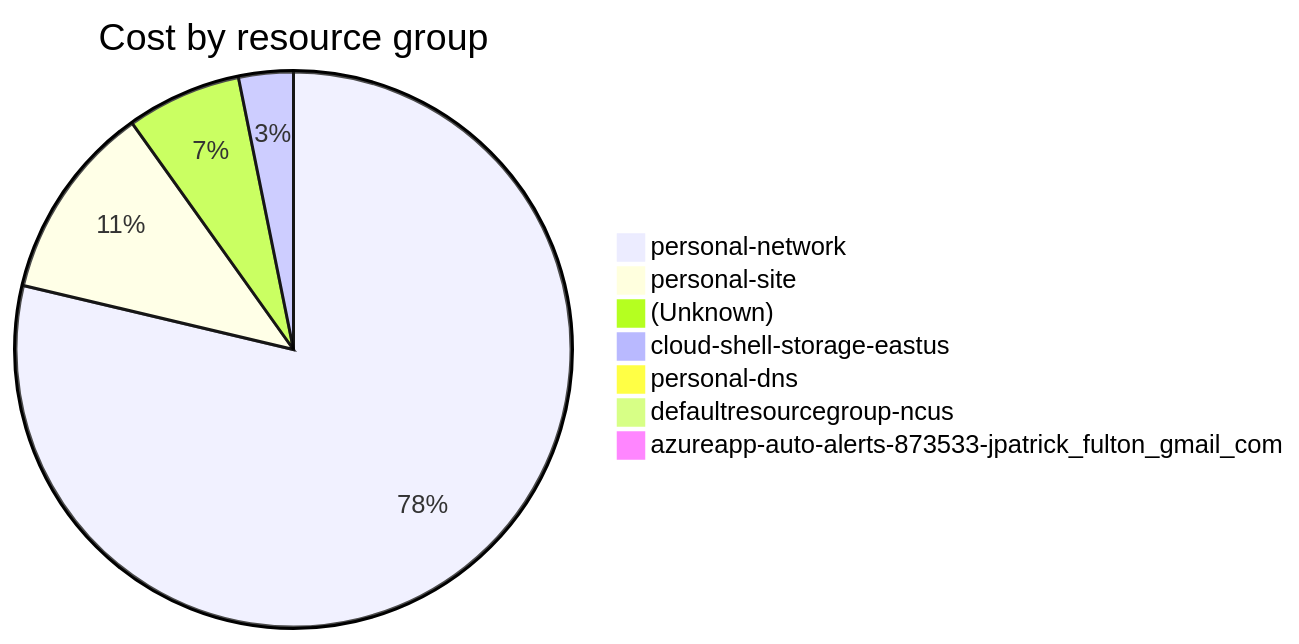
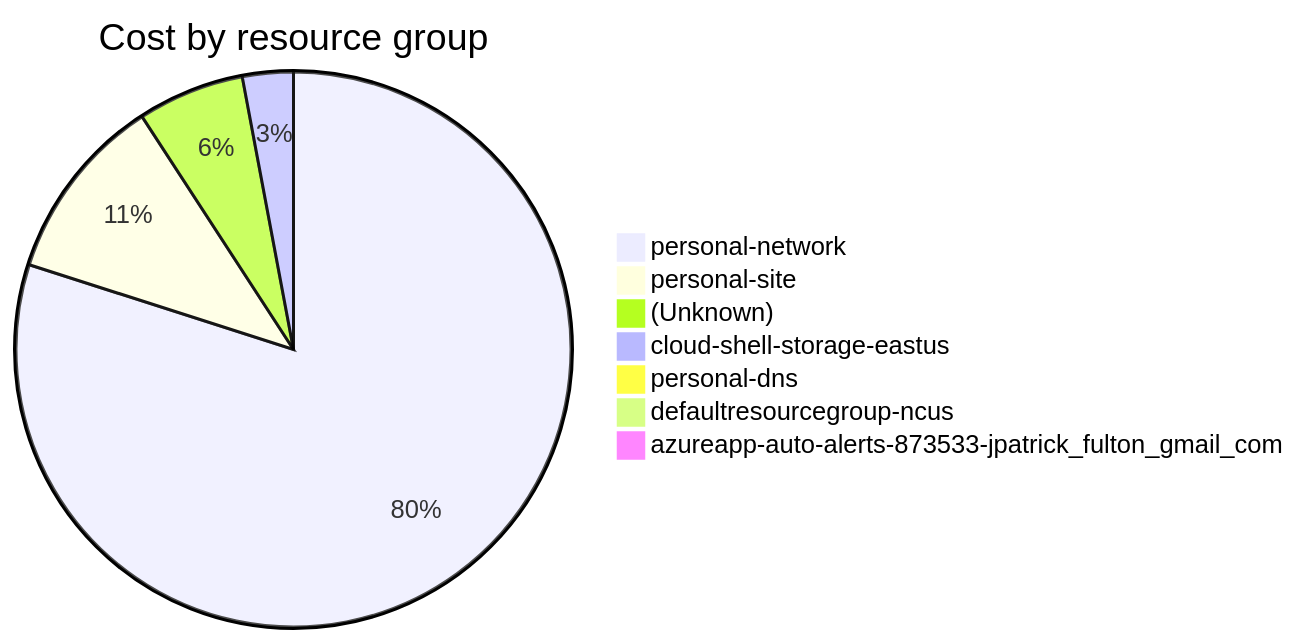
The fourth of 4 diagrams in cost-reports/accumulated-cost.md (jpfulton/azure-personal-reports), drawn with Mermaid before and after one commit. The commit also changed other lines of this file and 4 other files, not shown here.

````diff
--- a/cost-reports/accumulated-cost.md
+++ b/cost-reports/accumulated-cost.md
@@ -159,11 +159,11 @@
 ```mermaid
 pie
    title Cost by resource group
-   "personal-network" : 137.36
-   "personal-site" : 19.97
-   "(Unknown)" : 11.65
-   "cloud-shell-storage-eastus" : 5.55
-   "personal-dns" : 0.50
+   "personal-network" : 150.29
+   "personal-site" : 20.46
+   "(Unknown)" : 11.69
+   "cloud-shell-storage-eastus" : 5.56
+   "personal-dns" : 0.53
    "defaultresourcegroup-ncus" : 0.00
    "azureapp-auto-alerts-873533-jpatrick_fulton_gmail_com" : 0.00
 ```
````
